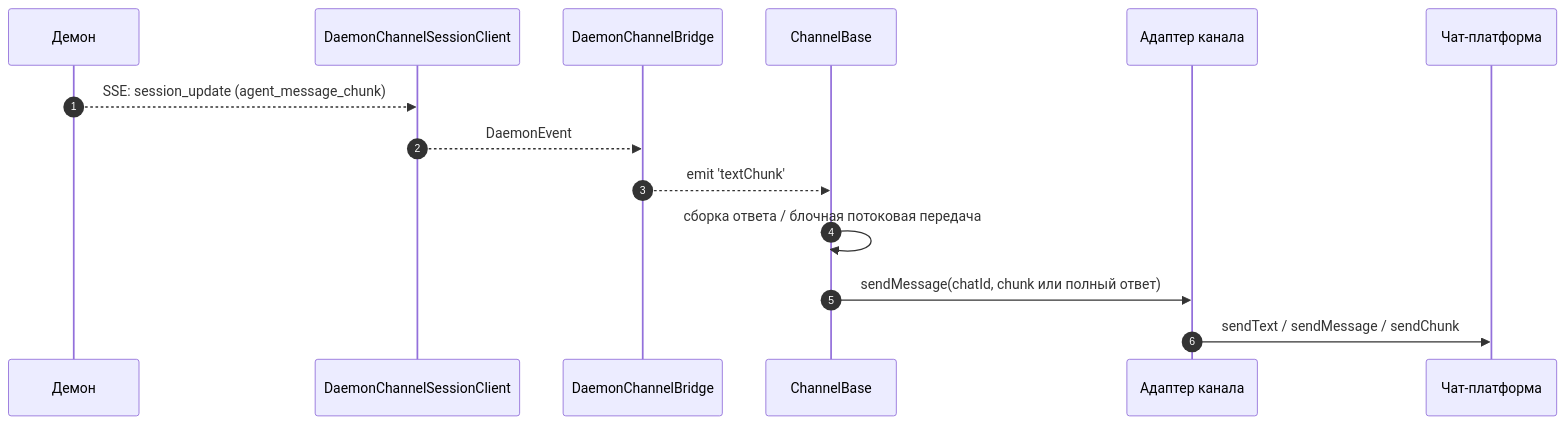
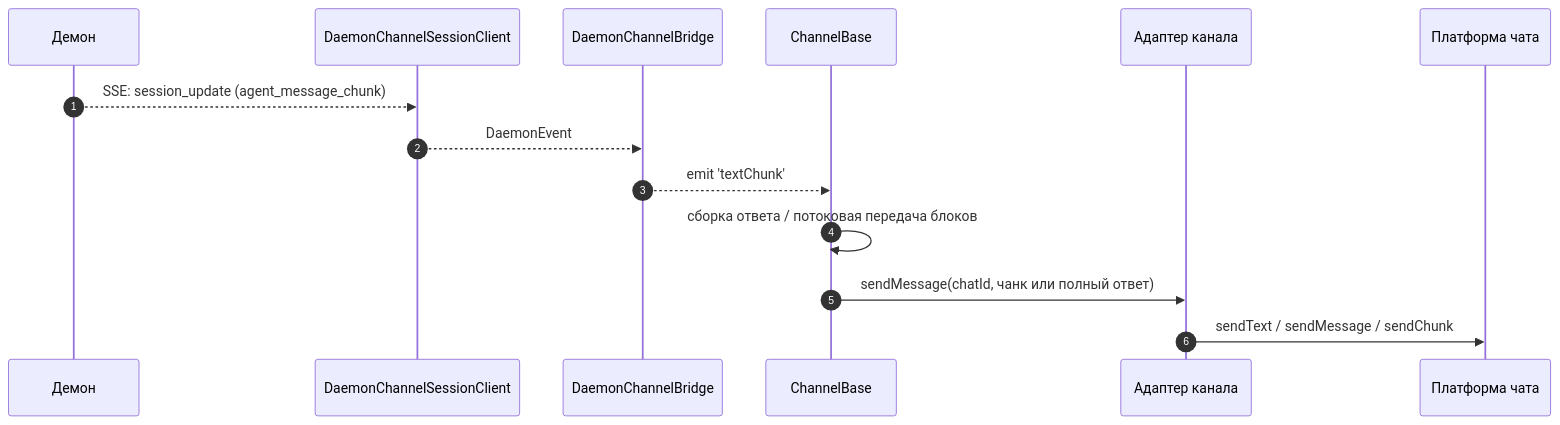
Before and after one commit to QwenLM/qwen-code-docs: the second of 3 diagrams in website/content/ru/developers/daemon/15-channel-adapters.md, drawn with Mermaid. The commit also changed other lines of this file and 128 other files, not shown here.

````diff
--- a/website/content/ru/developers/daemon/15-channel-adapters.md
+++ b/website/content/ru/developers/daemon/15-channel-adapters.md
@@ -115,17 +120,17 @@
 ```mermaid
 sequenceDiagram
     autonumber
     participant D as Демон
     participant SC as DaemonChannelSessionClient
     participant BR as DaemonChannelBridge
     participant CB as ChannelBase
     participant AD as Адаптер канала
-    participant CH as Чат-платформа
+    participant CH as Платформа чата
 
     D-->>SC: SSE: session_update (agent_message_chunk)
     SC-->>BR: DaemonEvent
     BR-->>CB: emit 'textChunk'
-    CB->>CB: сборка ответа / блочная потоковая передача
-    CB->>AD: sendMessage(chatId, chunk или полный ответ)
+    CB->>CB: сборка ответа / потоковая передача блоков
+    CB->>AD: sendMessage(chatId, чанк или полный ответ)
     AD->>CH: sendText / sendMessage / sendChunk
 ```
````
